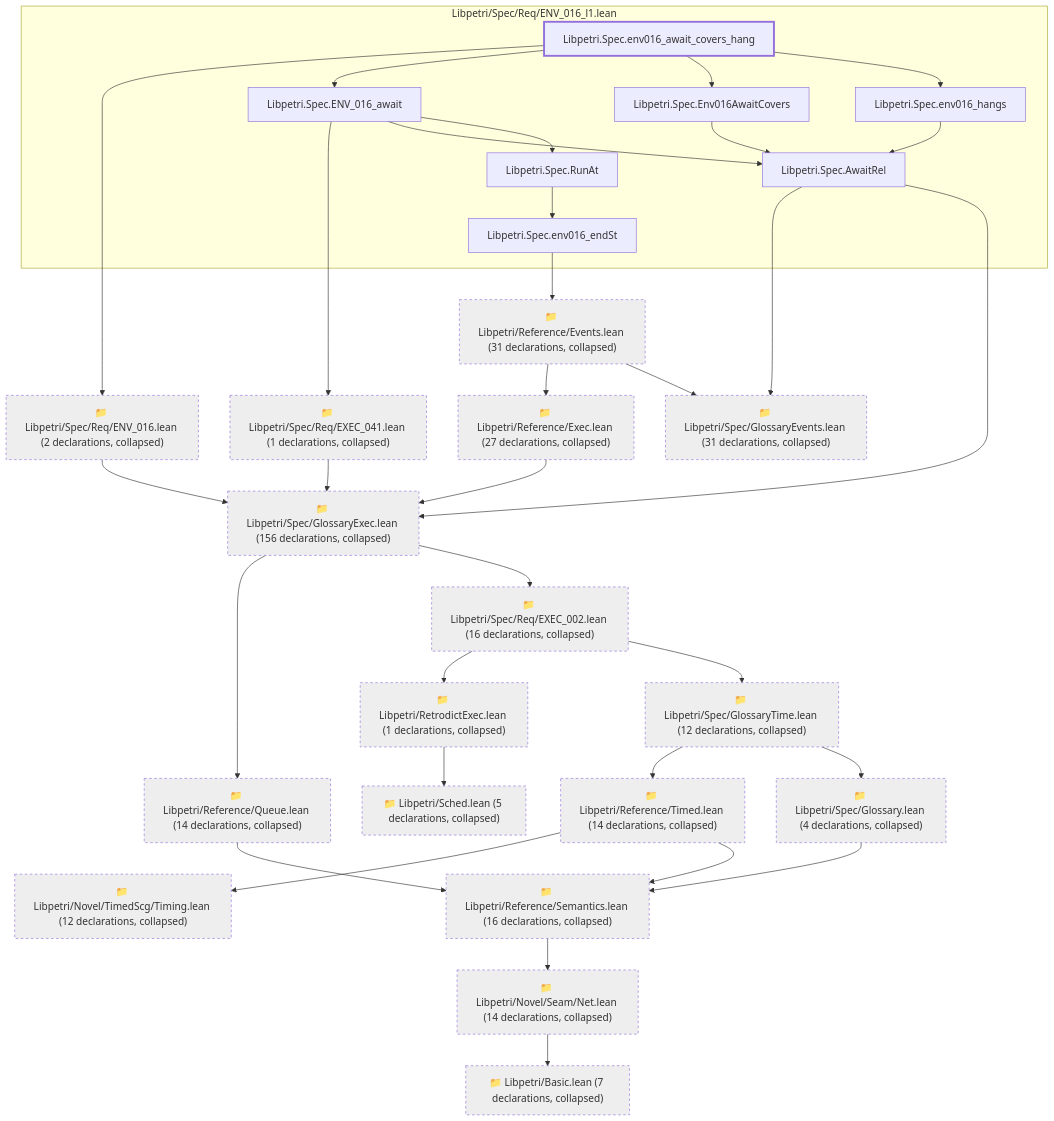
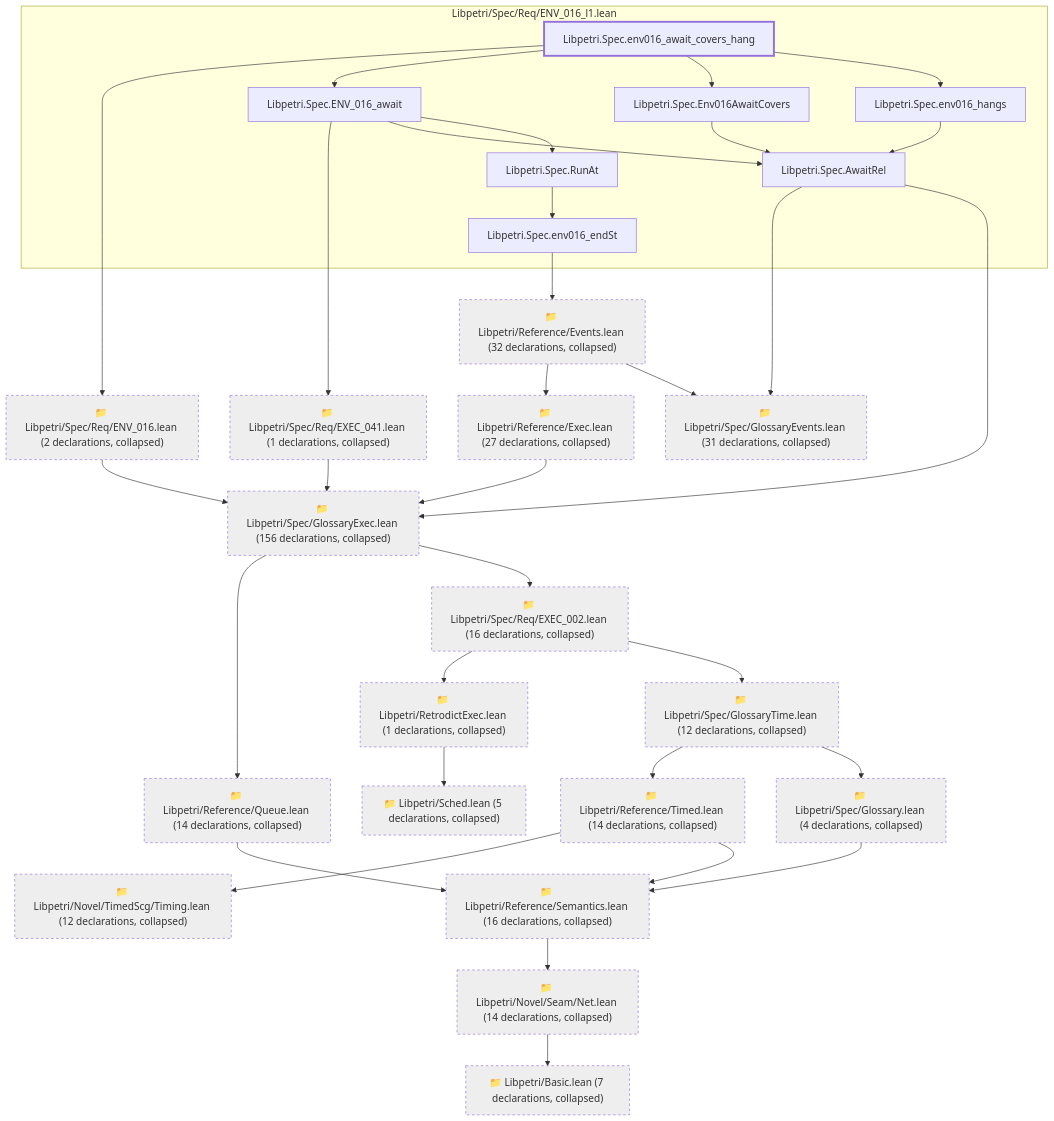
One commit to debe/libpetri changed the first of 2 diagrams in lean/graph/requirements/ENV-016.md. Above: the diagram before and after it, drawn with Mermaid. The commit also changed other lines of this file and 393 other files, not shown here.

First line of the commit message:
feat(spec): AI sign-off of every Lean requirement block; defect ledger closed

````diff
--- a/lean/graph/requirements/ENV-016.md
+++ b/lean/graph/requirements/ENV-016.md
@@ -16,65 +16,65 @@
 ```mermaid
 flowchart TD
   subgraph g0["Libpetri/Spec/Req/ENV_016_l1.lean"]
-    n4945["Libpetri.Spec.AwaitRel"]
-    n6241["Libpetri.Spec.ENV_016_await"]
-    n7191["Libpetri.Spec.Env016AwaitCovers"]
-    n9783["Libpetri.Spec.RunAt"]
-    n14587["Libpetri.Spec.env016_await_covers_hang"]
-    n14610["Libpetri.Spec.env016_endSt"]
-    n14614["Libpetri.Spec.env016_hangs"]
+    n4959["Libpetri.Spec.AwaitRel"]
+    n6273["Libpetri.Spec.ENV_016_await"]
+    n7247["Libpetri.Spec.Env016AwaitCovers"]
+    n9904["Libpetri.Spec.RunAt"]
+    n14806["Libpetri.Spec.env016_await_covers_hang"]
+    n14829["Libpetri.Spec.env016_endSt"]
+    n14833["Libpetri.Spec.env016_hangs"]
   end
   c0["📁 Libpetri/Basic.lean (7 declarations, collapsed)"]
   c54["📁 Libpetri/Novel/Seam/Net.lean (14 declarations, collapsed)"]
   c66["📁 Libpetri/Novel/TimedScg/Timing.lean (12 declarations, collapsed)"]
-  c78["📁 Libpetri/Reference/Events.lean (31 declarations, collapsed)"]
+  c78["📁 Libpetri/Reference/Events.lean (32 declarations, collapsed)"]
   c80["📁 Libpetri/Reference/Exec.lean (27 declarations, collapsed)"]
   c91["📁 Libpetri/Reference/Queue.lean (14 declarations, collapsed)"]
   c94["📁 Libpetri/Reference/Semantics.lean (16 declarations, collapsed)"]
   c98["📁 Libpetri/Reference/Timed.lean (14 declarations, collapsed)"]
   c103["📁 Libpetri/RetrodictExec.lean (1 declarations, collapsed)"]
   c109["📁 Libpetri/Sched.lean (5 declarations, collapsed)"]
   c132["📁 Libpetri/Spec/Glossary.lean (4 declarations, collapsed)"]
   c138["📁 Libpetri/Spec/GlossaryEvents.lean (31 declarations, collapsed)"]
   c139["📁 Libpetri/Spec/GlossaryExec.lean (156 declarations, collapsed)"]
   c146["📁 Libpetri/Spec/GlossaryTime.lean (12 declarations, collapsed)"]
   c206["📁 Libpetri/Spec/Req/ENV_016.lean (2 declarations, collapsed)"]
   c232["📁 Libpetri/Spec/Req/EXEC_002.lean (16 declarations, collapsed)"]
   c243["📁 Libpetri/Spec/Req/EXEC_041.lean (1 declarations, collapsed)"]
   c54 --> c0
   c78 --> c80
   c78 --> c138
   c80 --> c139
   c91 --> c94
   c94 --> c54
   c98 --> c66
   c98 --> c94
   c103 --> c109
   c132 --> c94
   c139 --> c91
   c139 --> c232
   c146 --> c98
   c146 --> c132
   c206 --> c139
   c232 --> c103
   c232 --> c146
   c243 --> c139
-  n4945 --> c138
-  n4945 --> c139
-  n6241 --> c243
-  n6241 --> n4945
-  n6241 --> n9783
-  n7191 --> n4945
-  n9783 --> n14610
-  n14587 --> c206
-  n14587 --> n6241
-  n14587 --> n7191
-  n14587 --> n14614
-  n14610 --> c78
-  n14614 --> n4945
+  n4959 --> c138
+  n4959 --> c139
+  n6273 --> c243
+  n6273 --> n4959
+  n6273 --> n9904
+  n7247 --> n4959
+  n9904 --> n14829
+  n14806 --> c206
+  n14806 --> n6273
+  n14806 --> n7247
+  n14806 --> n14833
+  n14829 --> c78
+  n14833 --> n4959
   classDef root stroke-width:3px
   classDef locked fill:#fff3cd,stroke:#b8860b
   classDef collapsed fill:#eeeeee,stroke-dasharray:4 4
-  class n14587 root
+  class n14806 root
   class c0,c54,c66,c78,c80,c91,c94,c98,c103,c109,c132,c138,c139,c146,c206,c232,c243 collapsed
 ```
````
